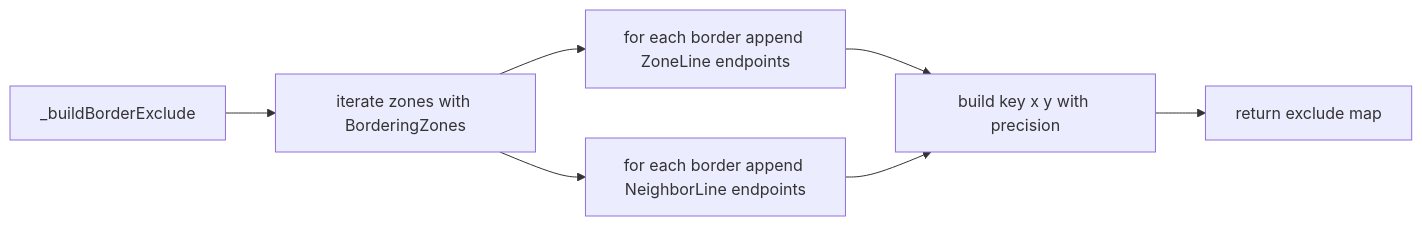
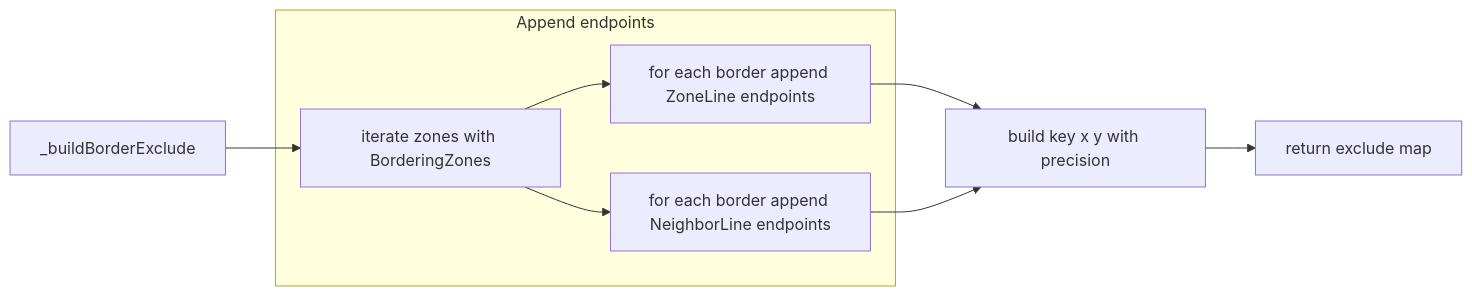
One commit to Gh0st352/AETHR changed the third of 7 diagrams in docs/zone_manager/game_bounds.md. Above: the diagram before and after it, drawn with Mermaid. The commit also changed other lines of this file and 6 other files, not shown here.

Commit message:
docs(zone_manager, mermaid): normalize headings, restructure Mermaid diagrams, and add shared theme & class annotations

````diff
--- a/docs/zone_manager/game_bounds.md
+++ b/docs/zone_manager/game_bounds.md
@@ -89,9 +107,14 @@
 ```mermaid
+%% shared theme: docs/_mermaid/theme.json %%
 flowchart LR
   X1[_buildBorderExclude] --> X2[iterate zones with BorderingZones]
-  X2 --> X3[for each border append ZoneLine endpoints]
-  X2 --> X4[for each border append NeighborLine endpoints]
+  subgraph "Append endpoints"
+    X2 --> X3[for each border append ZoneLine endpoints]
+    X2 --> X4[for each border append NeighborLine endpoints]
+  end
   X3 --> X5[build key x y with precision]
   X4 --> X5
   X5 --> X6[return exclude map]
+  class X1,X2,X3,X4,X5 class_step;
+  class X6 class_result;
 ```
````
